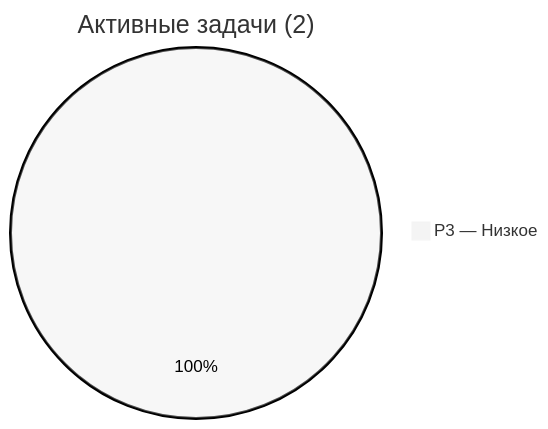
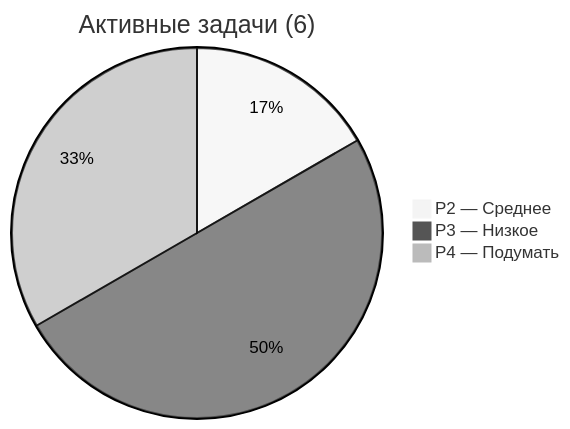
The diagram in _tech/BACKLOG.md (Say10Code/SpecKit), drawn with Mermaid (neutral theme) before and after one commit. The commit also changed other lines of this file and 178 other files, not shown here.

````diff
--- a/_tech/BACKLOG.md
+++ b/_tech/BACKLOG.md
@@ -20,4 +21,6 @@
 ```mermaid
-pie title Активные задачи (2)
-    "P3 — Низкое" : 2
+pie title Активные задачи (6)
+    "P2 — Среднее" : 1
+    "P3 — Низкое" : 3
+    "P4 — Подумать" : 2
 ```
````
